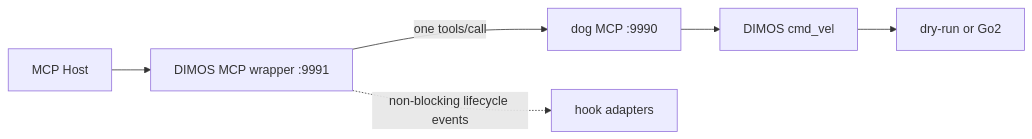
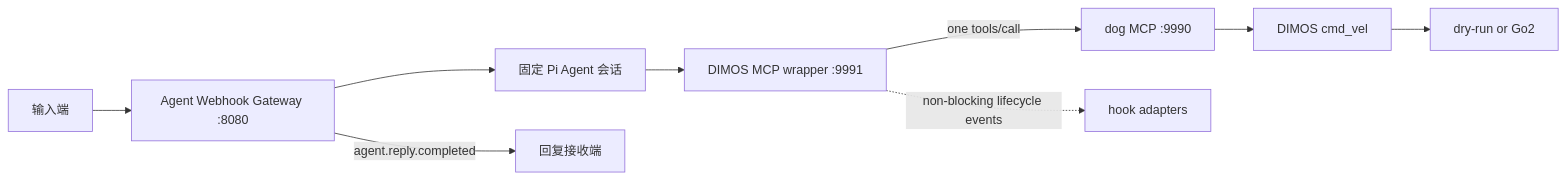
One commit to human-chocker-and-robot-dog/agent changed the diagram in CONTEXT.md. Above: the diagram before and after it, drawn with Mermaid. The commit also changed other lines of this file and 33 other files, not shown here.

First line of the commit message:
Add persistent webhook gateway for Agent input and replies

````diff
--- a/CONTEXT.md
+++ b/CONTEXT.md
@@ -25,8 +32,11 @@
 ```mermaid
 flowchart LR
-    A[MCP Host] --> B[DIMOS MCP wrapper :9991]
+    I[输入端] --> G[Agent Webhook Gateway :8080]
+    G --> A[固定 Pi Agent 会话]
+    A --> B[DIMOS MCP wrapper :9991]
     B -->|one tools/call| C[dog MCP :9990]
     C --> D[DIMOS cmd_vel]
     D --> E[dry-run or Go2]
     B -. non-blocking lifecycle events .-> F[hook adapters]
+    G -->|agent.reply.completed| R[回复接收端]
 ```
````
